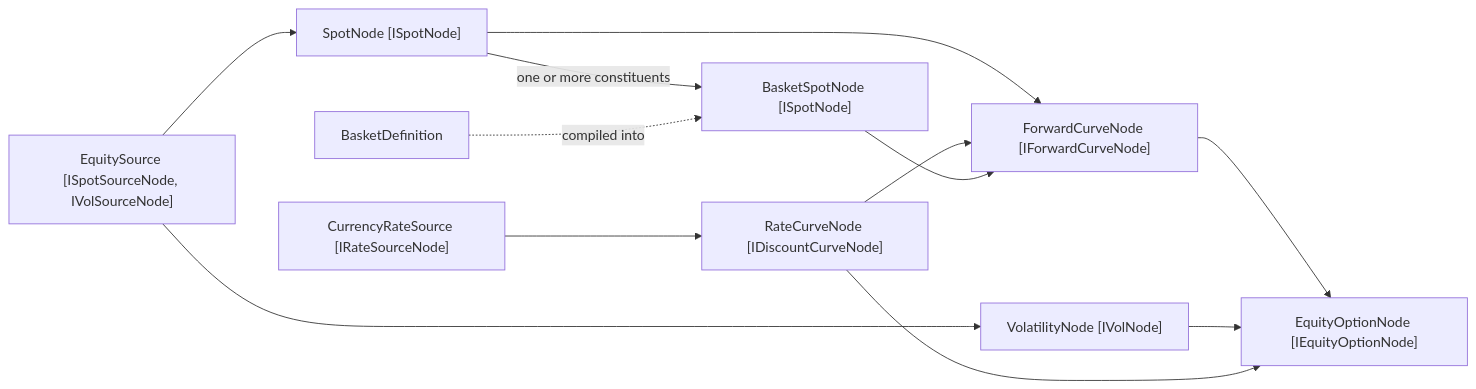
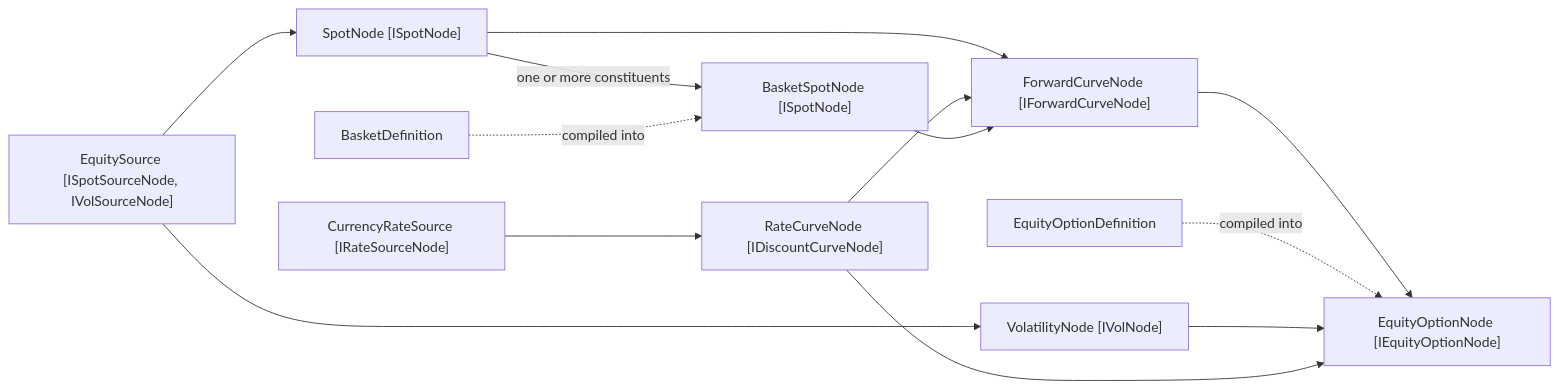
One commit to losterbr/EventGraph changed the diagram in README.md. Above: the diagram before and after it, drawn with Mermaid. The commit also changed other lines of this file and 7 other files, not shown here.

Commit message:
Compile equity option definitions into nodes

````diff
--- a/README.md
+++ b/README.md
@@ -15,20 +15,22 @@
 ```mermaid
 flowchart LR
 	equity["EquitySource [ISpotSourceNode, IVolSourceNode]"]
 	rate["CurrencyRateSource [IRateSourceNode]"]
 	basketDefinition["BasketDefinition"]
+	optionDefinition["EquityOptionDefinition"]
 
 	equity --> spot["SpotNode [ISpotNode]"]
 	equity --> volatility["VolatilityNode [IVolNode]"]
 	rate --> discount["RateCurveNode [IDiscountCurveNode]"]
 
 	spot --> forward["ForwardCurveNode [IForwardCurveNode]"]
 	discount --> forward
 	forward --> option["EquityOptionNode [IEquityOptionNode]"]
+	optionDefinition -.->|compiled into| option
 	volatility --> option
 	discount --> option
 
 	spot -->|one or more constituents| basket["BasketSpotNode [ISpotNode]"]
 	basketDefinition -.->|compiled into| basket
 	basket --> forward
 ```
````
